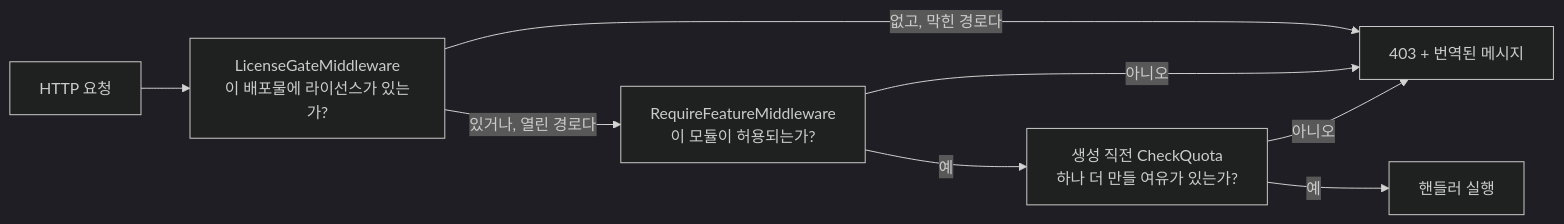
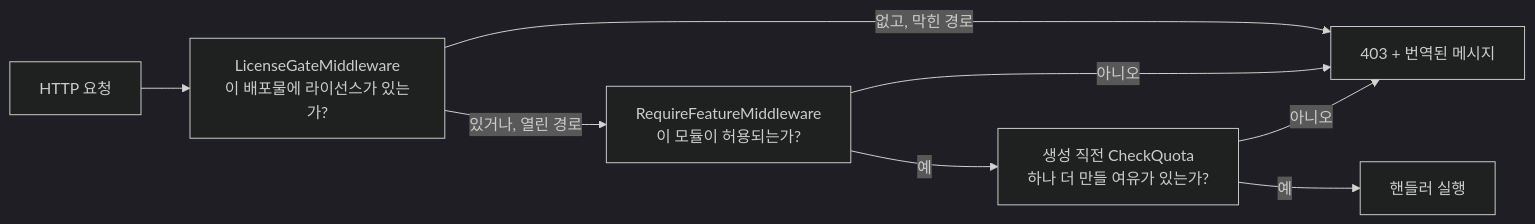
Before and after one commit to accesscore-dev/accesscore-license-sdk-dist: the second of 2 diagrams in docs/manual/ko/go.md, drawn with Mermaid (dark theme). The commit also changed other lines of this file and 6 other files, not shown here.

Commit message:
docs: hold the Korean diagrams to the same style as the prose

````diff
--- a/docs/manual/ko/go.md
+++ b/docs/manual/ko/go.md
@@ -140,10 +140,10 @@
 ```mermaid
 flowchart LR
     R[HTTP 요청] --> F[LicenseGateMiddleware<br/>이 배포물에 라이선스가 있는가?]
-    F -->|없고, 막힌 경로다| X403[403 + 번역된 메시지]
-    F -->|있거나, 열린 경로다| A[RequireFeatureMiddleware<br/>이 모듈이 허용되는가?]
+    F -->|없고, 막힌 경로| X403[403 + 번역된 메시지]
+    F -->|있거나, 열린 경로| A[RequireFeatureMiddleware<br/>이 모듈이 허용되는가?]
     A -->|아니오| X403
     A -->|예| Q[생성 직전 CheckQuota<br/>하나 더 만들 여유가 있는가?]
     Q -->|아니오| X403
     Q -->|예| H[핸들러 실행]
 ```
````
